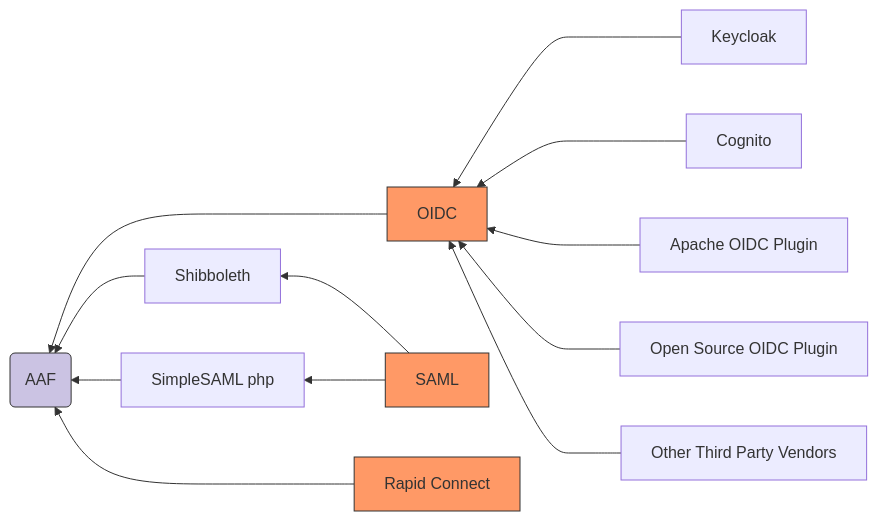
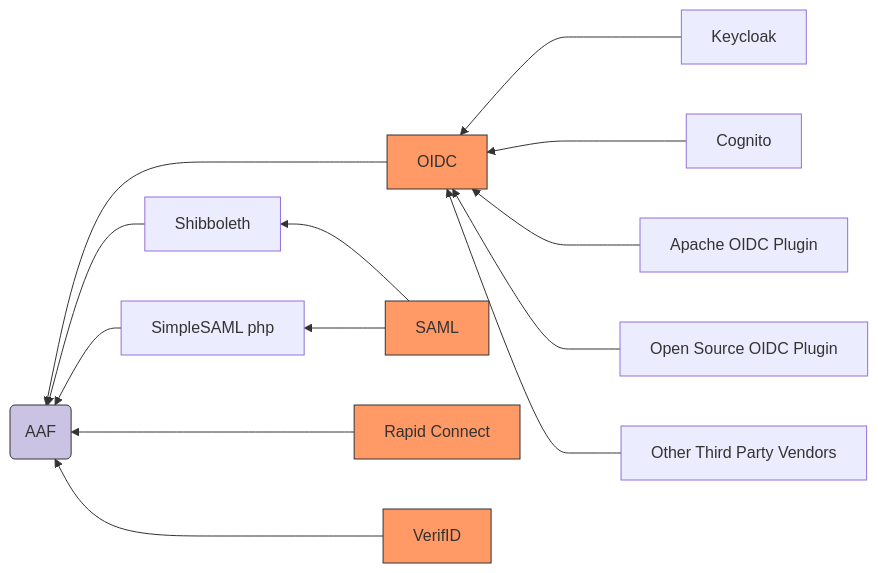
One commit to ausaccessfed/dev-portal changed the diagram in docs/_pages/index.markdown. Above: the diagram before and after it, drawn with Mermaid. The commit also changed other lines of this file and 6 other files, not shown here.

````diff
--- a/docs/_pages/index.markdown
+++ b/docs/_pages/index.markdown
@@ -40,18 +40,20 @@
 ```mermaid
 flowchart RL
     id1[SAML] --> B(Shibboleth)
     id1[SAML] --> C(SimpleSAML php)
     D[Keycloak] ---> id2(OIDC)
     E[Cognito] ---> id2(OIDC)
     F[Apache OIDC Plugin] ---> id2(OIDC)
     G[Open Source OIDC Plugin] ---> id2(OIDC)
     H[Other Third Party Vendors] ---> id2(OIDC)
     id2[OIDC] ---> id3(AAF)
     B[Shibboleth] --> id3(AAF)
     C[SimpleSAML php] --> id3(AAF)
     id4[Rapid Connect] ---> id3(AAF)
+    id5[VerifID] ---> id3(AAF)
     style id1 fill:#f96,stroke:#333
     style id2 fill:#f96,stroke:#333
     style id3 fill:#CBC3E3,stroke:#333
     style id4 fill:#f96,stroke:#333
+    style id5 fill:#f96,stroke:#333
 ```
````
